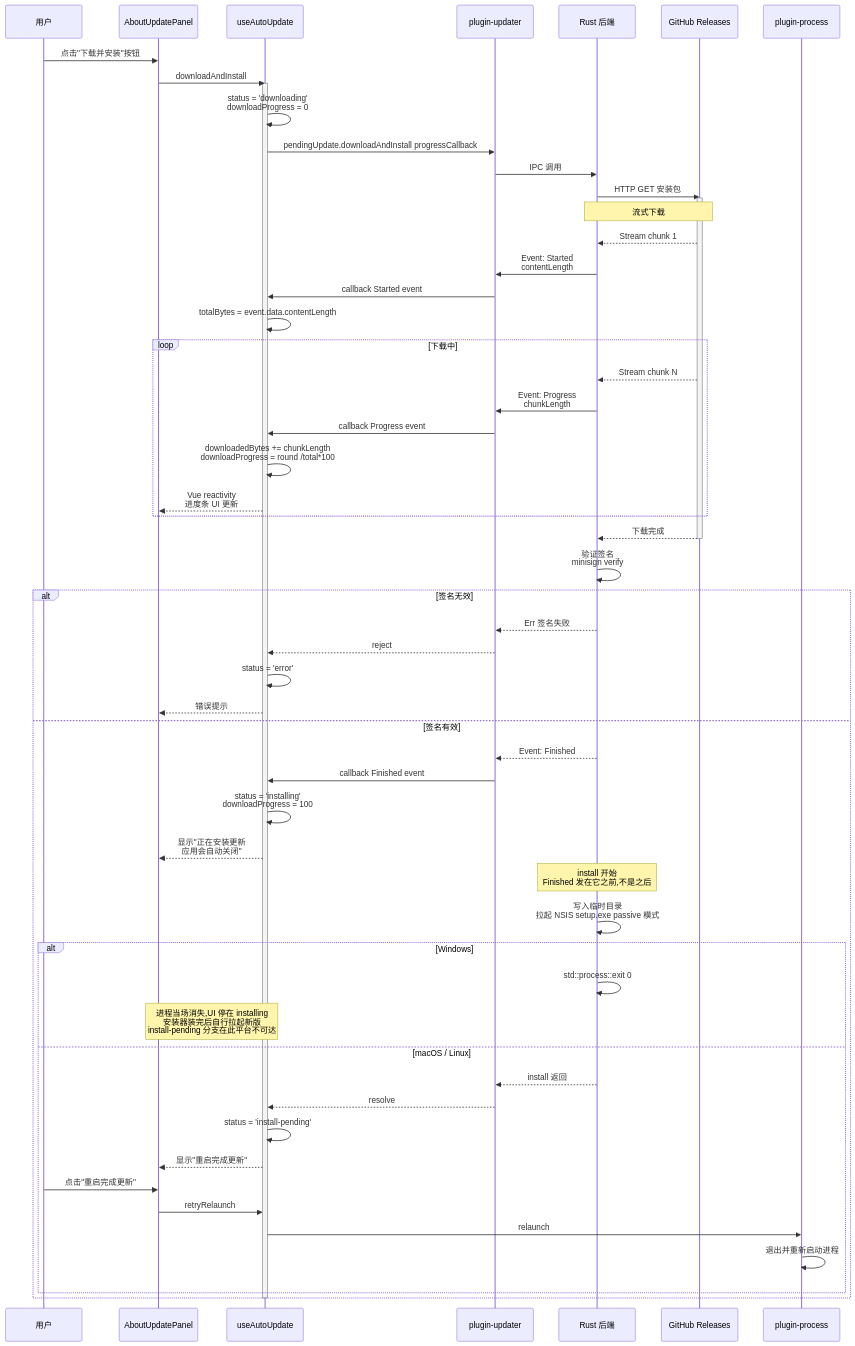
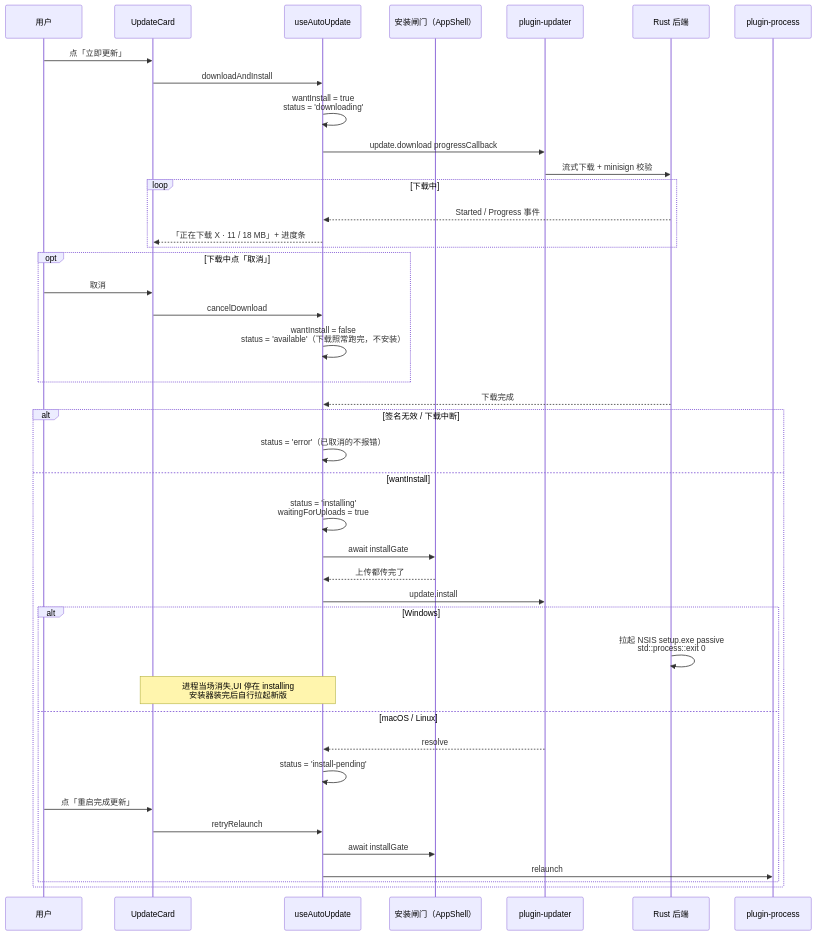
Before and after one commit to joeyliu6/PicNexus: the second of 4 diagrams in docs/flows/auto-update-flow.md, drawn with Mermaid. The commit also changed other lines of this file and 16 other files, not shown here.

Commit message:
docs: flows, reference and design docs describe the new settings page, sync and update flow

````diff
--- a/docs/flows/auto-update-flow.md
+++ b/docs/flows/auto-update-flow.md
@@ -71,71 +71,45 @@
 ```mermaid
 sequenceDiagram
     participant U as 用户
-    participant V as AboutUpdatePanel
+    participant V as UpdateCard
     participant H as useAutoUpdate
+    participant G as 安装闸门（AppShell）
     participant P as plugin-updater
     participant R as Rust 后端
-    participant GH as GitHub Releases
     participant PR as plugin-process
 
-    U->>V: 点击"下载并安装"按钮
+    U->>V: 点「立即更新」
     V->>H: downloadAndInstall
-    activate H
-
-    H->>H: status = 'downloading'<br/>downloadProgress = 0
-
-    H->>P: pendingUpdate.downloadAndInstall progressCallback
-    P->>R: IPC 调用
-    R->>GH: HTTP GET 安装包
-    activate GH
-
-    Note over R,GH: 流式下载
-
-    GH-->>R: Stream chunk 1
-    R->>P: Event: Started<br/>contentLength
-    P->>H: callback Started event
-    H->>H: totalBytes = event.data.contentLength
-
+    H->>H: wantInstall = true<br/>status = 'downloading'
+    H->>P: update.download progressCallback
+    P->>R: 流式下载 + minisign 校验
     loop 下载中
-        GH-->>R: Stream chunk N
-        R->>P: Event: Progress<br/>chunkLength
-        P->>H: callback Progress event
-        H->>H: downloadedBytes += chunkLength<br/>downloadProgress = round /total*100
-        H-->>V: Vue reactivity<br/>进度条 UI 更新
+        R-->>H: Started / Progress 事件
+        H-->>V: 「正在下载 X · 11 / 18 MB」+ 进度条
     end
-
-    GH-->>R: 下载完成
-    deactivate GH
-    R->>R: 验证签名<br/>minisign verify
-
-    alt 签名无效
-        R-->>P: Err 签名失败
-        P-->>H: reject
-        H->>H: status = 'error'
-        H-->>V: 错误提示
-    else 签名有效
-        R-->>P: Event: Finished
-        P->>H: callback Finished event
-        H->>H: status = 'installing'<br/>downloadProgress = 100
-        H-->>V: 显示"正在安装更新<br/>应用会自动关闭"
-
-        Note over R: install 开始<br/>Finished 发在它之前,不是之后
-        R->>R: 写入临时目录<br/>拉起 NSIS setup.exe passive 模式
-
+    opt 下载中点「取消」
+        U->>V: 取消
+        V->>H: cancelDownload
+        H->>H: wantInstall = false<br/>status = 'available'（下载照常跑完，不安装）
+    end
+    R-->>H: 下载完成
+    alt 签名无效 / 下载中断
+        H->>H: status = 'error'（已取消的不报错）
+    else wantInstall
+        H->>H: status = 'installing'<br/>waitingForUploads = true
+        H->>G: await installGate
+        G-->>H: 上传都传完了
+        H->>P: update.install
         alt Windows
-            R->>R: std::process::exit 0
-            Note over H,V: 进程当场消失,UI 停在 installing<br/>安装器装完后自行拉起新版<br/>install-pending 分支在此平台不可达
+            R->>R: 拉起 NSIS setup.exe passive<br/>std::process::exit 0
+            Note over H,V: 进程当场消失,UI 停在 installing<br/>安装器装完后自行拉起新版
         else macOS / Linux
-            R-->>P: install 返回
             P-->>H: resolve
             H->>H: status = 'install-pending'
-            H-->>V: 显示"重启完成更新"
-            U->>V: 点击"重启完成更新"
+            U->>V: 点「重启完成更新」
             V->>H: retryRelaunch
+            H->>G: await installGate
             H->>PR: relaunch
-            PR->>PR: 退出并重新启动进程
         end
     end
-
-    deactivate H
 ```
````
